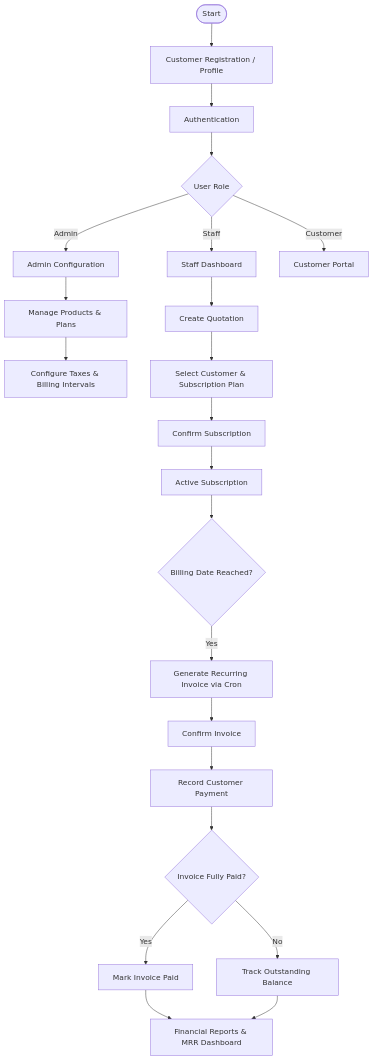
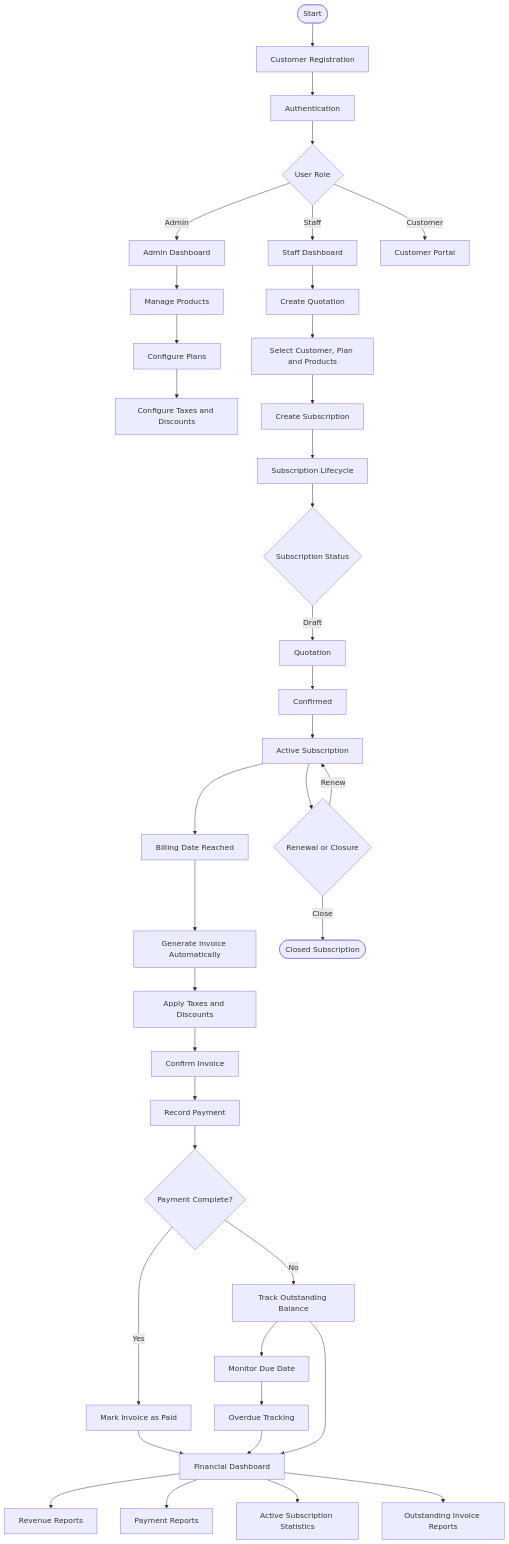
The second of 7 diagrams in README.md (PavanAnish/Odoo-team), drawn with Mermaid before and after one commit. The commit also changed other lines of this file, not shown here.

````diff
--- a/README.md
+++ b/README.md
@@ -123,30 +236,52 @@
 ```mermaid
 flowchart TD
-    A([Start]) --> B[Customer Registration / Profile]
+    A([Start]) --> B[Customer Registration]
     B --> C[Authentication]
     C --> D{User Role}
 
-    D -->|Admin| E[Admin Configuration]
+    D -->|Admin| E[Admin Dashboard]
     D -->|Staff| F[Staff Dashboard]
     D -->|Customer| G[Customer Portal]
 
-    E --> H[Manage Products & Plans]
-    H --> I[Configure Taxes & Billing Intervals]
+    E --> H[Manage Products]
+    H --> I[Configure Plans]
+    I --> J[Configure Taxes and Discounts]
 
     F --> K[Create Quotation]
-    K --> L[Select Customer & Subscription Plan]
-    L --> M[Confirm Subscription]
+    K --> L[Select Customer, Plan and Products]
+    L --> M[Create Subscription]
 
-    M --> N[Active Subscription]
-    N --> S{Billing Date Reached?}
-    S -->|Yes| T[Generate Recurring Invoice via Cron]
-    T --> V[Confirm Invoice]
-    V --> W[Record Customer Payment]
-    W --> X{Invoice Fully Paid?}
+    M --> N[Subscription Lifecycle]
+    N --> O{Subscription Status}
+
+    O -->|Draft| P[Quotation]
+    P --> Q[Confirmed]
+    Q --> R[Active Subscription]
+
+    R --> S[Billing Date Reached]
+    S --> T[Generate Invoice Automatically]
+    T --> U[Apply Taxes and Discounts]
+    U --> V[Confirm Invoice]
+
+    V --> W[Record Payment]
+    W --> X{Payment Complete?}
 
     X -->|No| Y[Track Outstanding Balance]
-    X -->|Yes| AB[Mark Invoice Paid]
+    Y --> Z[Monitor Due Date]
+    Z --> AA[Overdue Tracking]
 
-    AB --> AC[Financial Reports & MRR Dashboard]
+    X -->|Yes| AB[Mark Invoice as Paid]
+
+    AB --> AC[Financial Dashboard]
+    AA --> AC
     Y --> AC
+
+    AC --> AD[Revenue Reports]
+    AC --> AE[Payment Reports]
+    AC --> AF[Active Subscription Statistics]
+    AC --> AG[Outstanding Invoice Reports]
+
+    R --> AH{Renewal or Closure}
+    AH -->|Renew| R
+    AH -->|Close| AI([Closed Subscription])
 ```
````
